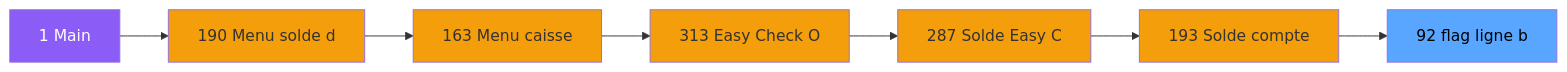
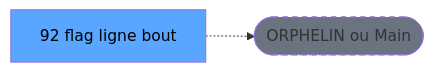
The second of 3 diagrams in .openspec/specs/ADH-IDE-92.md (thonyAGP/lecteur-magic), drawn with Mermaid before and after one commit. The commit also changed other lines of this file and 701 other files, not shown here.

````diff
--- a/.openspec/specs/ADH-IDE-92.md
+++ b/.openspec/specs/ADH-IDE-92.md
@@ -109,23 +117,8 @@
 ```mermaid
 graph LR
-    M[1 Main]
-    N190[190 Menu solde d]
-    N163[163 Menu caisse ]
-    N313[313 Easy Check O]
-    N287[287 Solde Easy C]
-    N193[193 Solde compte]
-    T[92 flag ligne b]
-    M --> N190
-    N190 --> N163
-    N163 --> N313
-    N313 --> N287
-    N287 --> N193
-    N193 --> T
-    style M fill:#8b5cf6,color:#fff
-    style N190 fill:#f59e0b
-    style N163 fill:#f59e0b
-    style N313 fill:#f59e0b
-    style N287 fill:#f59e0b
-    style N193 fill:#f59e0b
+    T[92 flag ligne bout]
+    ORPHAN([ORPHELIN ou Main])
+    T -.-> ORPHAN
     style T fill:#58a6ff,color:#000
+    style ORPHAN fill:#6b7280,stroke-dasharray: 5 5
 ```
````
